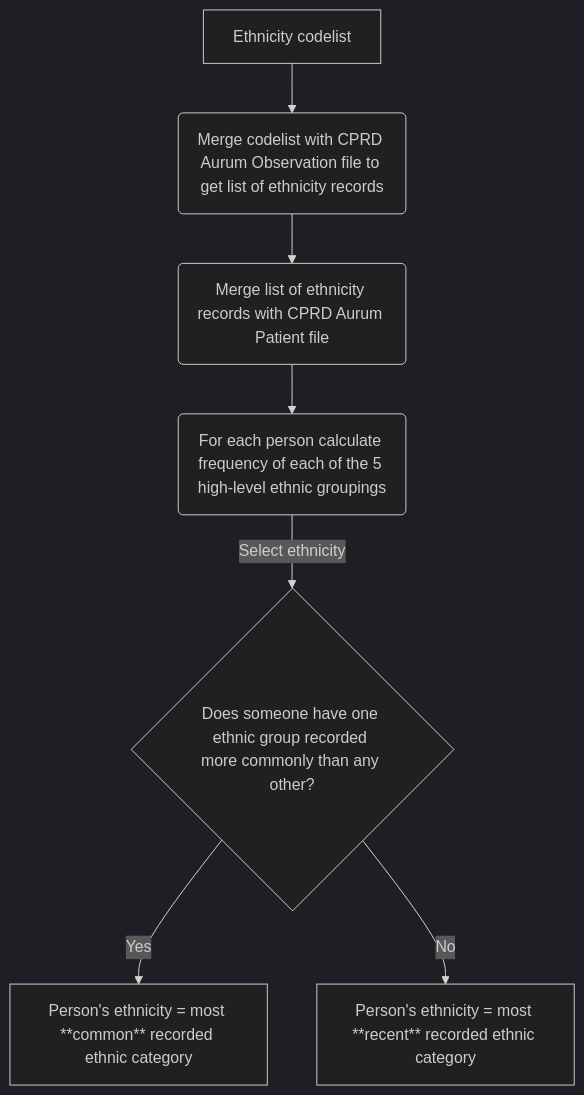
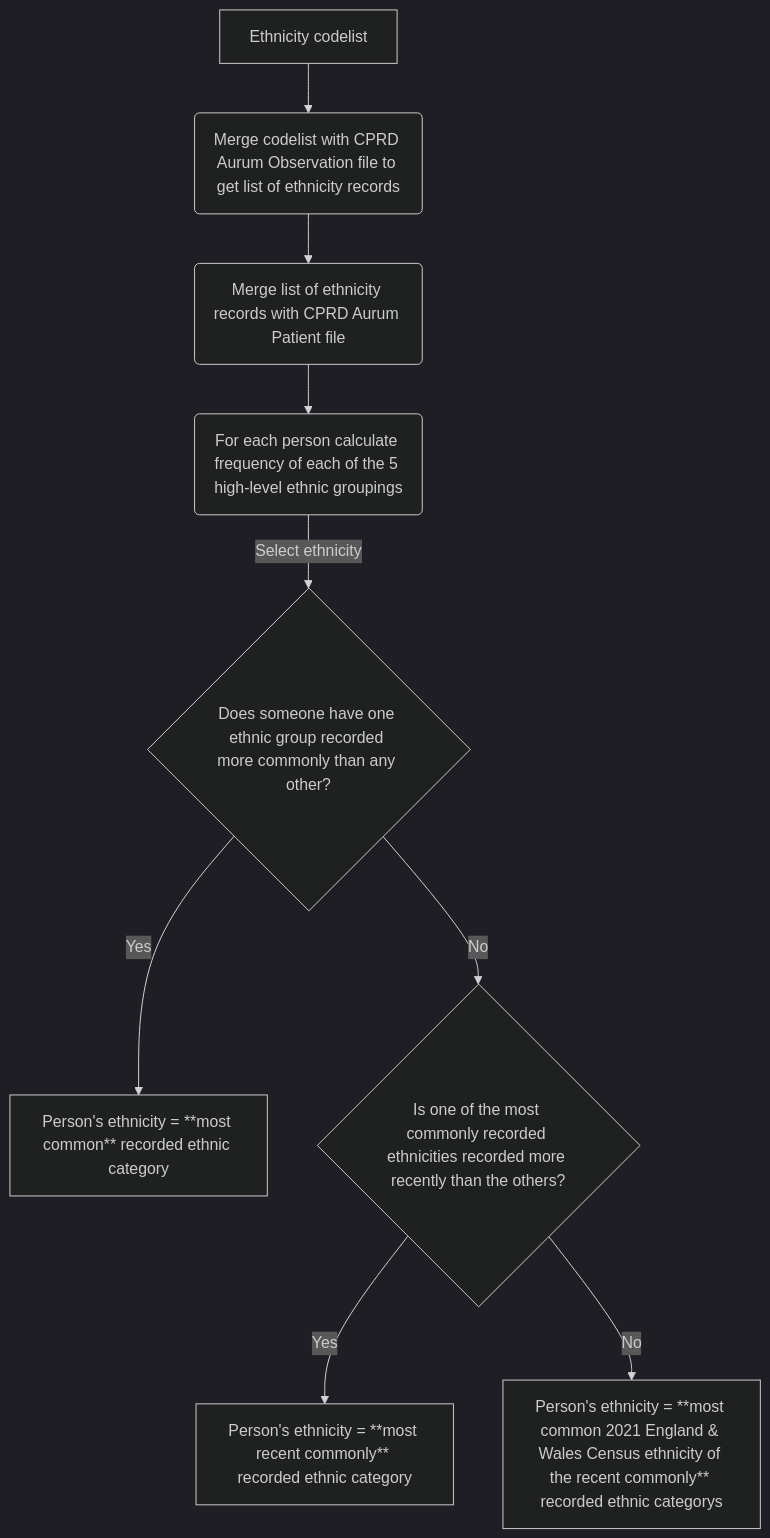
The second of 2 diagrams in README.md (pstone22/ethnicity), drawn with Mermaid (dark theme) before and after one commit. The commit also changed other lines of this file, not shown here.

````diff
--- a/README.md
+++ b/README.md
@@ -81,9 +81,11 @@
 ```mermaid
 flowchart TD
 A[Ethnicity codelist] --> B(Merge codelist with CPRD Aurum Observation file to get list of ethnicity records)
 B --> C(Merge list of ethnicity records with CPRD Aurum Patient file)
 C --> D(For each person calculate frequency of each of the 5 high-level ethnic groupings)
 D -->|Select ethnicity| E{Does someone have one ethnic group recorded more commonly than any other?}
-E -->|Yes| F[Person's ethnicity = most **common** recorded ethnic category]
-E -->|No| G[Person's ethnicity = most **recent** recorded ethnic category]
+E -->|Yes| F[Person's ethnicity = **most common** recorded ethnic category]
+E -->|No| G{Is one of the most commonly recorded ethnicities recorded more recently than the others?}
+G -->|Yes| H[Person's ethnicity = **most recent commonly** recorded ethnic category]
+G -->|No| I[Person's ethnicity = **most common 2021 England & Wales Census ethnicity of the recent commonly** recorded ethnic categorys]
 ```
````
